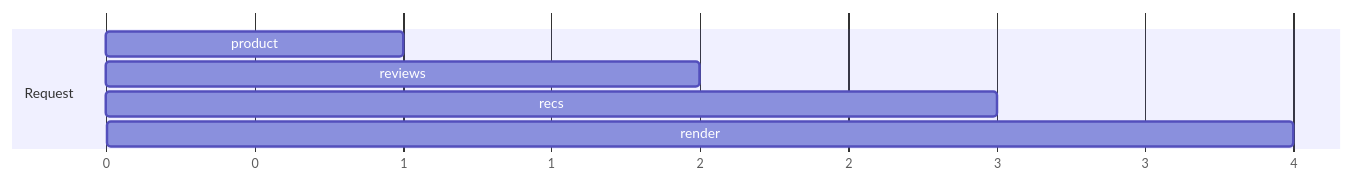
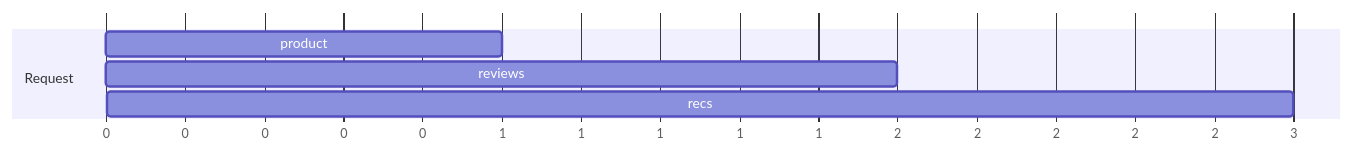
The first of 5 diagrams in slides/slides.md (coryhouse/instant-ui), drawn with Mermaid before and after one commit. The commit also changed other lines of this file and 3 other files, not shown here.

````diff
--- a/slides/slides.md
+++ b/slides/slides.md
@@ -317,10 +290,9 @@
 ```mermaid {scale: 0.7}
 gantt
   dateFormat X
   axisFormat %s
   section Request
   product   :0, 1
   reviews   :1, 2
   recs      :2, 3
-  render    :3, 4
 ```
````
